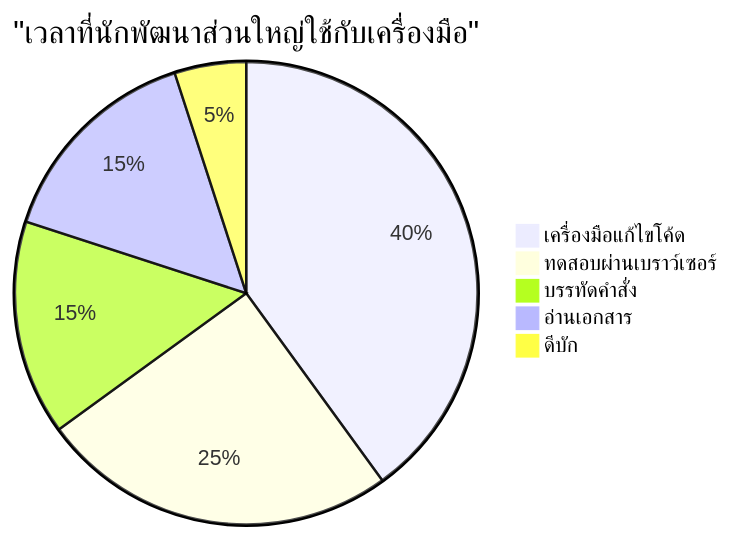
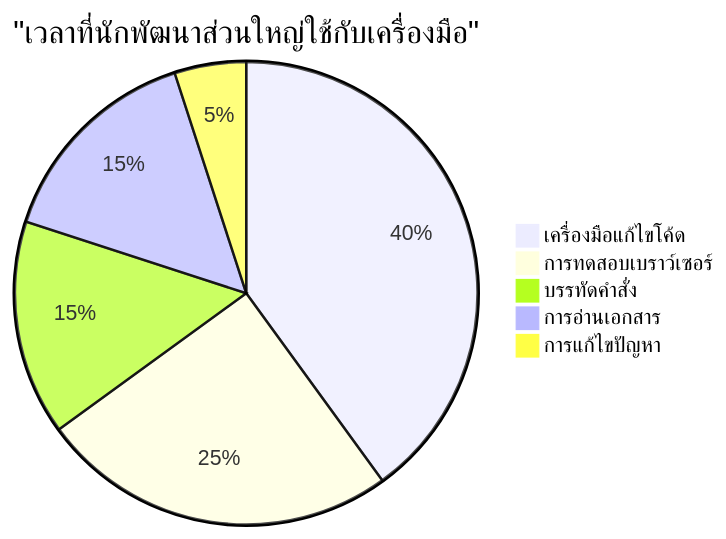
Before and after one commit to microsoft/Web-Dev-For-Beginners: the sixth of 7 diagrams in translations/th/1-getting-started-lessons/1-intro-to-programming-languages/README.md, drawn with Mermaid. The commit also changed other lines of this file and 11 other files, not shown here.

````diff
--- a/translations/th/1-getting-started-lessons/1-intro-to-programming-languages/README.md
+++ b/translations/th/1-getting-started-lessons/1-intro-to-programming-languages/README.md
@@ -711,8 +711,8 @@
 ```mermaid
 pie title "เวลาที่นักพัฒนาส่วนใหญ่ใช้กับเครื่องมือ"
     "เครื่องมือแก้ไขโค้ด" : 40
-    "ทดสอบผ่านเบราว์เซอร์" : 25
+    "การทดสอบเบราว์เซอร์" : 25
     "บรรทัดคำสั่ง" : 15
-    "อ่านเอกสาร" : 15
-    "ดีบัก" : 5
+    "การอ่านเอกสาร" : 15
+    "การแก้ไขปัญหา" : 5
 ```
````
